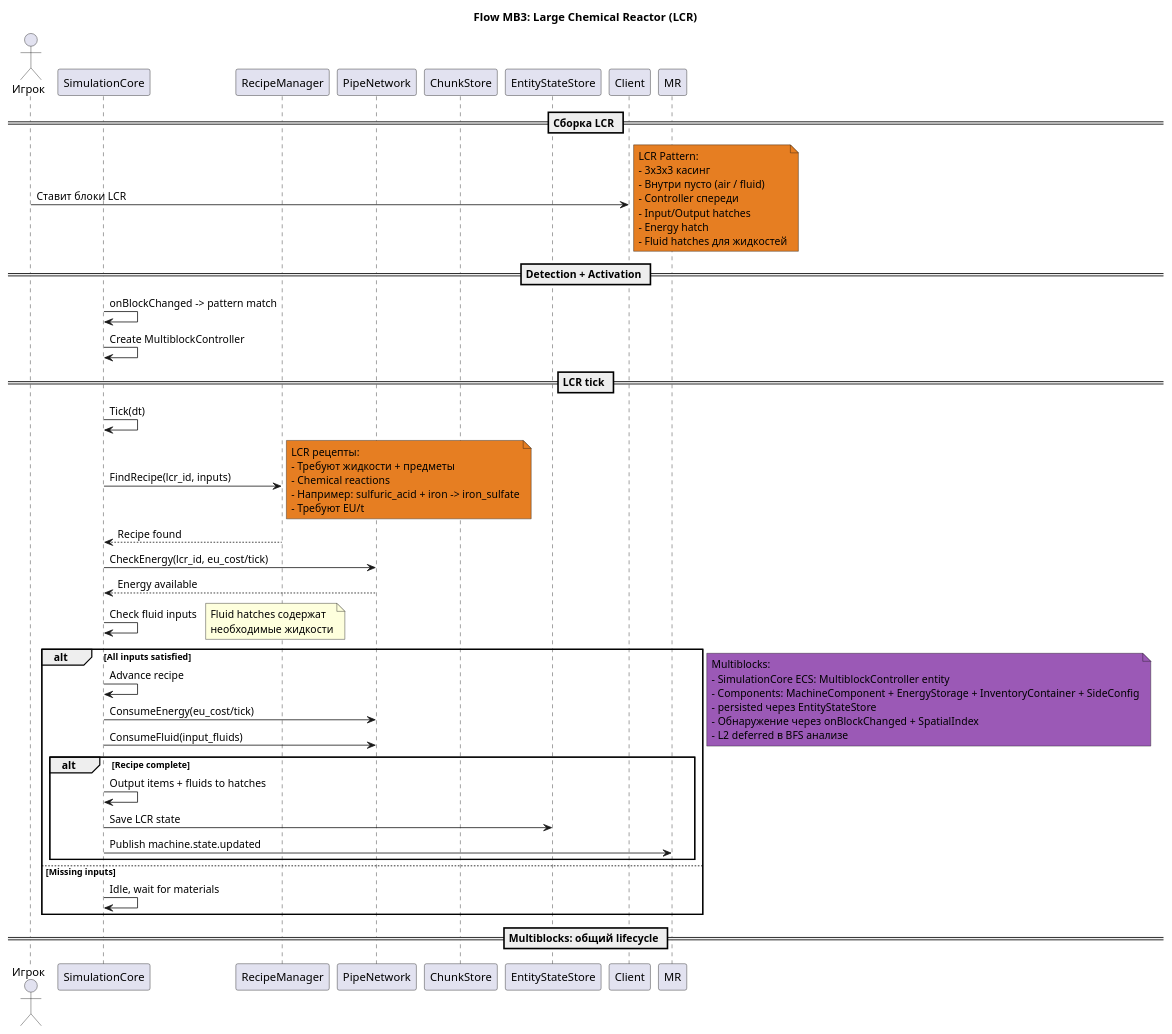
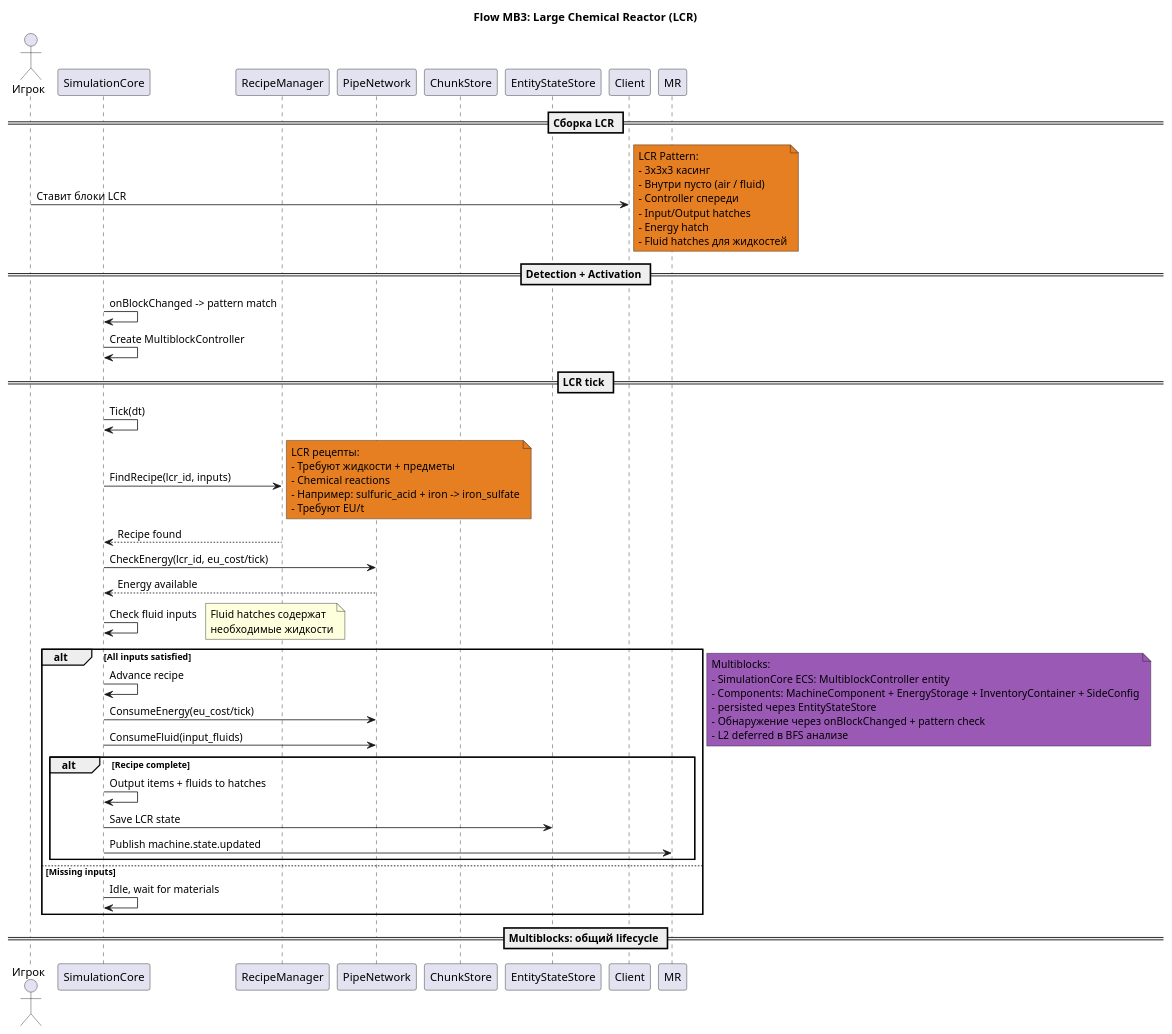
One commit to lexasub/gtnh-platform changed the third of 3 diagrams in doc/userflow/09-multiblocks.puml. Above: the diagram before and after it, drawn with PlantUML. The commit also changed other lines of this file and 26 other files, not shown here.

```diff
--- a/doc/userflow/09-multiblocks.puml
+++ b/doc/userflow/09-multiblocks.puml
@@ -161,76 +160,76 @@
 @startuml multiblock-lcr
 title **Flow MB3: Large Chemical Reactor (LCR)**
 
 actor "Игрок" as Player
 participant "SimulationCore" as Sim
 participant "RecipeManager" as RM
 participant "PipeNetwork" as PN
 participant "ChunkStore" as CS
 participant "EntityStateStore" as ESS
 
 == Сборка LCR ==
 
 Player -> Client: Ставит блоки LCR
 
 note right #E67E22
   LCR Pattern:
   - 3x3x3 касинг
   - Внутри пусто (air / fluid)
   - Controller спереди
   - Input/Output hatches
   - Energy hatch
   - Fluid hatches для жидкостей
 end note
 
 == Detection + Activation ==
 
 Sim -> Sim: onBlockChanged -> pattern match
 Sim -> Sim: Create MultiblockController
 
 == LCR tick ==
 
 Sim -> Sim: Tick(dt)
 
 Sim -> RM: FindRecipe(lcr_id, inputs)
 note right #E67E22
   LCR рецепты:
   - Требуют жидкости + предметы
   - Chemical reactions
   - Например: sulfuric_acid + iron -> iron_sulfate
   - Требуют EU/t
 end note
 
 RM --> Sim: Recipe found
 
 Sim -> PN: CheckEnergy(lcr_id, eu_cost/tick)
 PN --> Sim: Energy available
 
 Sim -> Sim: Check fluid inputs
 note right: Fluid hatches содержат\nнеобходимые жидкости
 
 alt All inputs satisfied
     Sim -> Sim: Advance recipe
     Sim -> PN: ConsumeEnergy(eu_cost/tick)
     Sim -> PN: ConsumeFluid(input_fluids)
 
     alt Recipe complete
         Sim -> Sim: Output items + fluids to hatches
         Sim -> ESS: Save LCR state
         Sim -> MR: Publish machine.state.updated
     end
 else Missing inputs
     Sim -> Sim: Idle, wait for materials
 end
 
 == Multiblocks: общий lifecycle ==
 
 note right #9B59B6
   Multiblocks:
   - SimulationCore ECS: MultiblockController entity
   - Components: MachineComponent + EnergyStorage + InventoryContainer + SideConfig
   - persisted через EntityStateStore
-  - Обнаружение через onBlockChanged + SpatialIndex
+  - Обнаружение через onBlockChanged + pattern check
   - L2 deferred в BFS анализе
 end note
 
 @enduml
```
